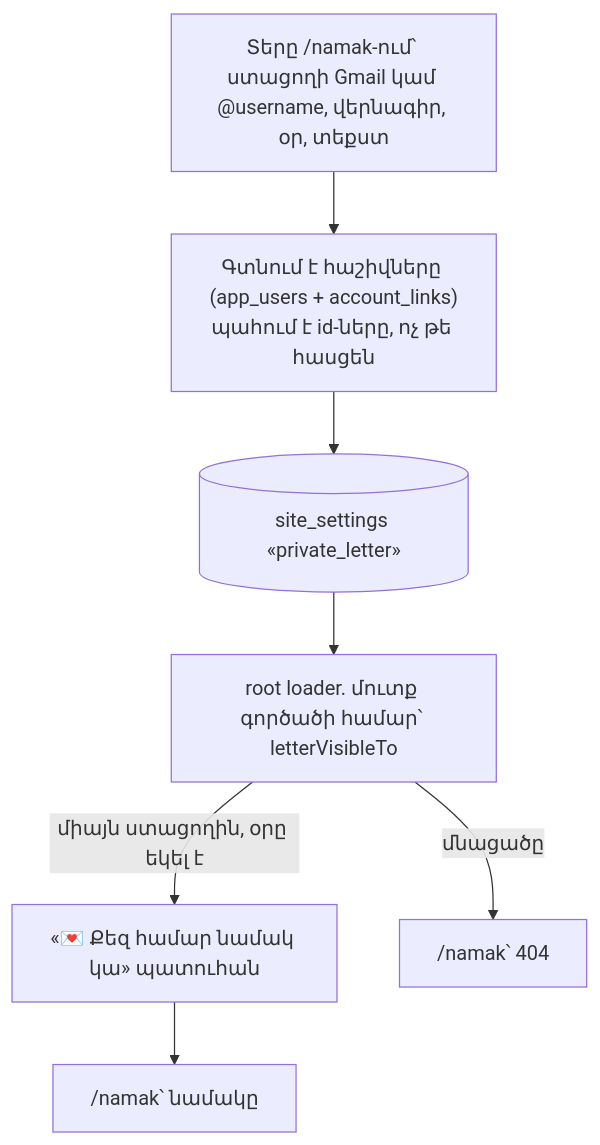
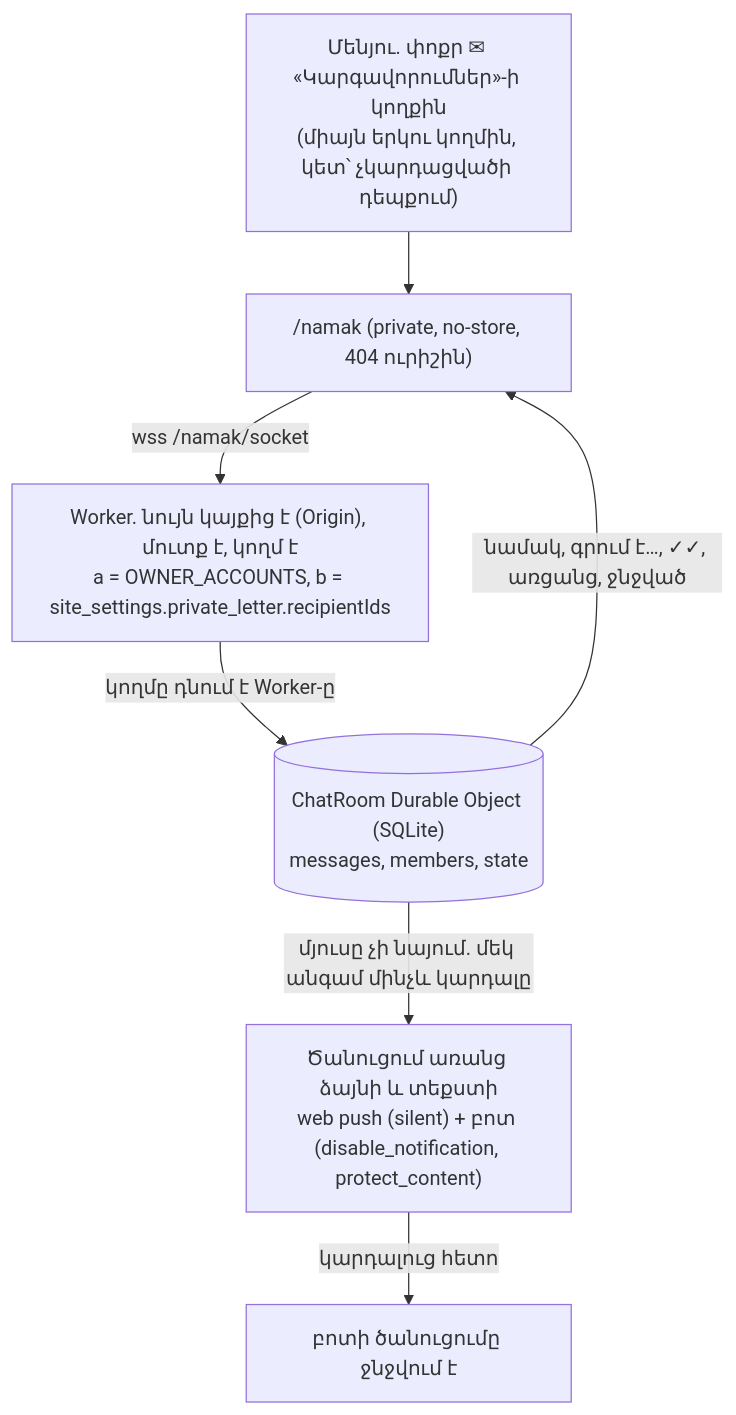
The seventh of 26 diagrams in docs/ARCHITECTURE.md (T0n0yan/armenian-apostolic-digital-library), drawn with Mermaid before and after one commit. The commit also changed other lines of this file and 18 other files, not shown here.

First line of the commit message:
Անձնական չատ /namak՝ socket-ով, միայն տիրոջ և ստացողի համար

````diff
--- a/docs/ARCHITECTURE.md
+++ b/docs/ARCHITECTURE.md
@@ -302,8 +302,9 @@
 ```mermaid
 flowchart TD
-  OWN["Տերը /namak-ում՝ ստացողի Gmail կամ @username, վերնագիր, օր, տեքստ"] --> FIND["Գտնում է հաշիվները (app_users + account_links)<br/>պահում է id-ները, ոչ թե հասցեն"]
-  FIND --> SET[("site_settings «private_letter»")]
-  SET --> ROOT["root loader. մուտք գործածի համար՝ letterVisibleTo"]
-  ROOT -->|"միայն ստացողին, օրը եկել է"| NUDGE["«💌 Քեզ համար նամակ կա» պատուհան"] --> PAGE["/namak՝ նամակը"]
-  ROOT -->|"մնացածը"| NF["/namak՝ 404"]
+  MENU["Մենյու. փոքր ✉ «Կարգավորումներ»-ի կողքին<br/>(միայն երկու կողմին, կետ՝ չկարդացվածի դեպքում)"] --> PAGE["/namak (private, no-store, 404 ուրիշին)"]
+  PAGE -->|"wss /namak/socket"| W["Worker. նույն կայքից է (Origin), մուտք է, կողմ է<br/>a = OWNER_ACCOUNTS, b = site_settings.private_letter.recipientIds"]
+  W -->|"կողմը դնում է Worker-ը"| DO[("ChatRoom Durable Object (SQLite)<br/>messages, members, state")]
+  DO -->|"նամակ, գրում է…, ✓✓, առցանց, ջնջված"| PAGE
+  DO -->|"մյուսը չի նայում. մեկ անգամ մինչև կարդալը"| N["Ծանուցում առանց ձայնի և տեքստի<br/>web push (silent) + բոտ (disable_notification, protect_content)"]
+  N -->|"կարդալուց հետո"| DEL["բոտի ծանուցումը ջնջվում է"]
 ```
````
